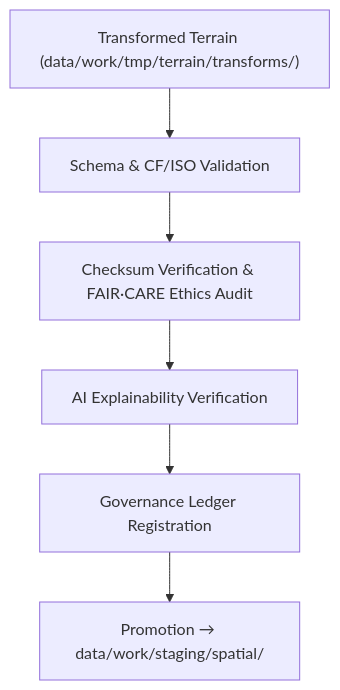
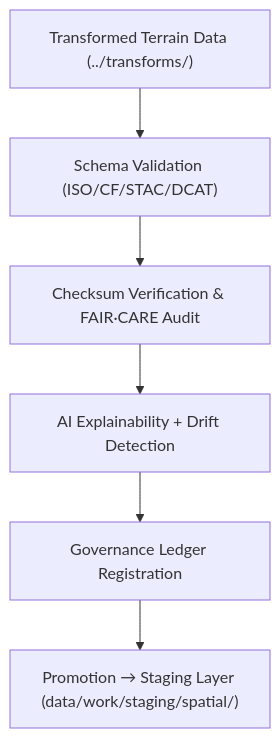
Before and after one commit to bartytime4life/Kansas-Frontier-Matrix: the diagram in data/work/tmp/terrain/validation/README.md, drawn with Mermaid. The commit also changed other lines of this file, not shown here.

````diff
--- a/data/work/tmp/terrain/validation/README.md
+++ b/data/work/tmp/terrain/validation/README.md
@@ -66,8 +67,8 @@
 ```mermaid
 flowchart TD
-    A["Transformed Terrain (data/work/tmp/terrain/transforms/)"] --> B["Schema & CF/ISO Validation"]
-    B --> C["Checksum Verification & FAIR·CARE Ethics Audit"]
-    C --> D["AI Explainability Verification"]
+    A["Transformed Terrain Data (../transforms/)"] --> B["Schema Validation (ISO/CF/STAC/DCAT)"]
+    B --> C["Checksum Verification & FAIR·CARE Audit"]
+    C --> D["AI Explainability + Drift Detection"]
     D --> E["Governance Ledger Registration"]
-    E --> F["Promotion → data/work/staging/spatial/"]
+    E --> F["Promotion → Staging Layer (data/work/staging/spatial/)"]
 ```
````
